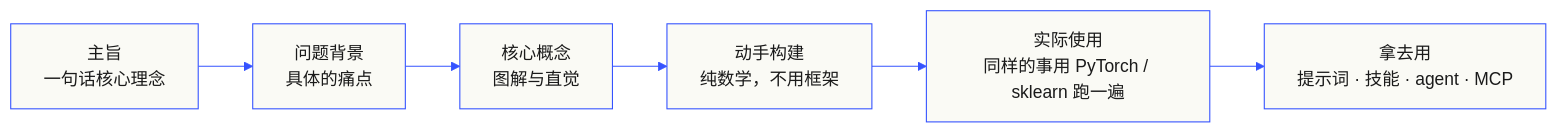
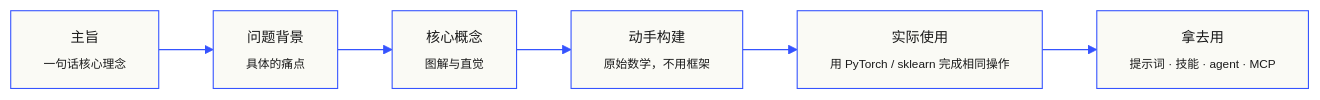
Before and after one commit to fancyboi999/ai-engineering-from-scratch-zh: the second of 2 diagrams in README.md, drawn with Mermaid. The commit also changed other lines of this file and 13 other files, not shown here.

````diff
--- a/README.md
+++ b/README.md
@@ -264,9 +1125,9 @@
 ```mermaid
-%%{init: {'theme':'base','themeVariables':{'primaryColor':'#fafaf5','primaryTextColor':'#1a1a1a','primaryBorderColor':'#3553ff','lineColor':'#3553ff'}}}%%
+%%{init: {'theme':'base','themeVariables':{'primaryColor':'#fafaf5','primaryTextColor':'#1a1a1a','primaryBorderColor':'#3553ff','lineColor':'#3553ff','fontFamily':'JetBrains Mono','fontSize':'13px'}}}%%
 flowchart LR
-  M["主旨<br/>一句话核心理念"] --> Pr["问题背景<br/>具体的痛点"]
-  Pr --> C["核心概念<br/>图解与直觉"]
-  C --> B["动手构建<br/>纯数学，不用框架"]
-  B --> U["实际使用<br/>同样的事用 PyTorch / sklearn 跑一遍"]
-  U --> S["拿去用<br/>提示词 · 技能 · agent · MCP"]
+  M["主旨<br/><sub>一句话核心理念</sub>"] --> Pr["问题背景<br/><sub>具体的痛点</sub>"]
+  Pr --> C["核心概念<br/><sub>图解与直觉</sub>"]
+  C --> B["动手构建<br/><sub>原始数学，不用框架</sub>"]
+  B --> U["实际使用<br/><sub>用 PyTorch / sklearn 完成相同操作</sub>"]
+  U --> S["拿去用<br/><sub>提示词 · 技能 · agent · MCP</sub>"]
 ```
````
